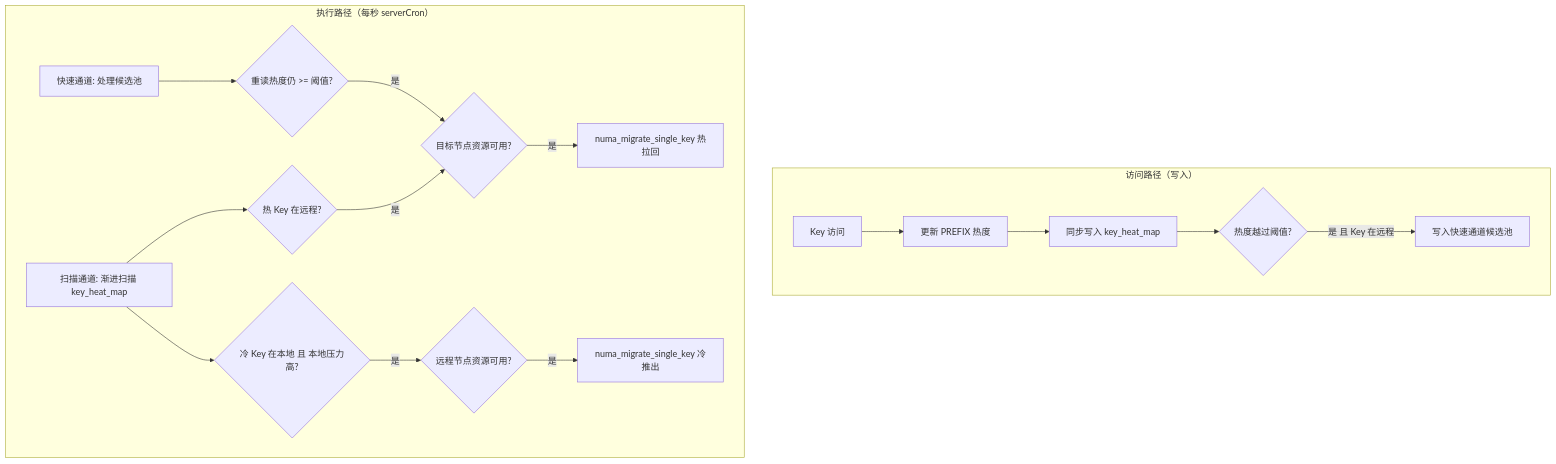
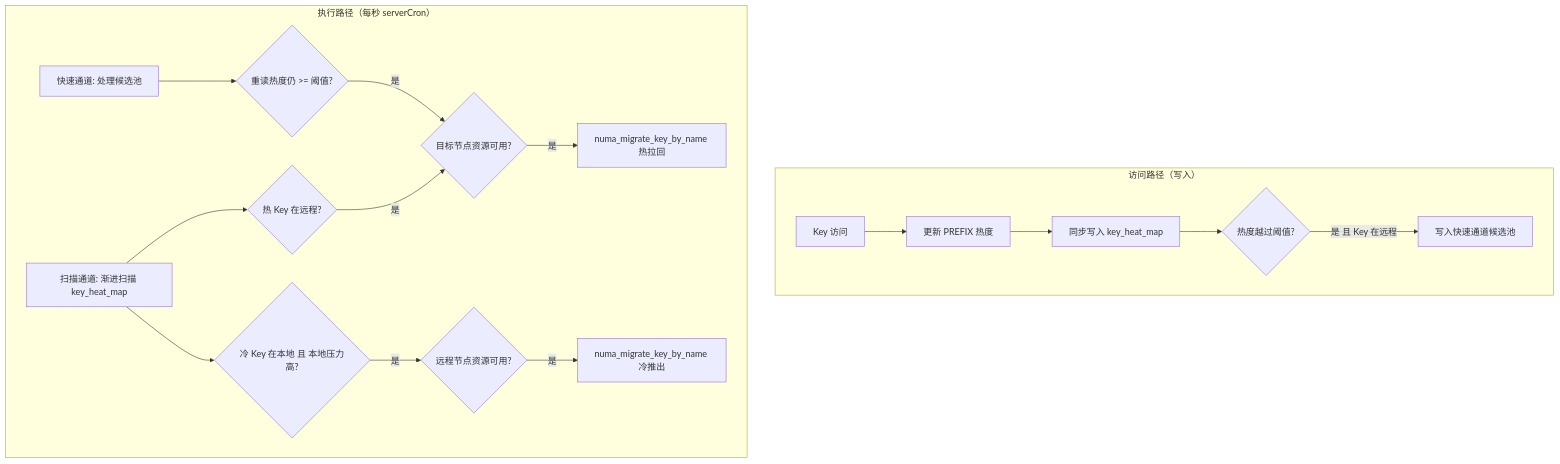
One commit to xDJTomato/Redis-NUMA changed the first of 3 diagrams in docs/new/06-numa-composite-lru.md. Above: the diagram before and after it, drawn with Mermaid. The commit also changed other lines of this file and 21 other files, not shown here.

````diff
--- a/docs/new/06-numa-composite-lru.md
+++ b/docs/new/06-numa-composite-lru.md
@@ -31,21 +31,21 @@
 ```mermaid
 graph TB
     subgraph "访问路径（写入）"
         A[Key 访问] --> B[更新 PREFIX 热度]
         B --> C[同步写入 key_heat_map]
         C --> D{热度越过阈值?}
         D -->|是 且 Key 在远程| E[写入快速通道候选池]
     end
 
     subgraph "执行路径（每秒 serverCron）"
         F[快速通道: 处理候选池] --> G{重读热度仍 >= 阈值?}
         G -->|是| H{目标节点资源可用?}
-        H -->|是| I[numa_migrate_single_key 热拉回]
+        H -->|是| I[numa_migrate_key_by_name 热拉回]
 
         J[扫描通道: 渐进扫描 key_heat_map] --> K{热 Key 在远程?}
         K -->|是| H
         J --> L{冷 Key 在本地 且 本地压力高?}
         L -->|是| M{远程节点资源可用?}
-        M -->|是| N[numa_migrate_single_key 冷推出]
+        M -->|是| N[numa_migrate_key_by_name 冷推出]
     end
 ```
````
